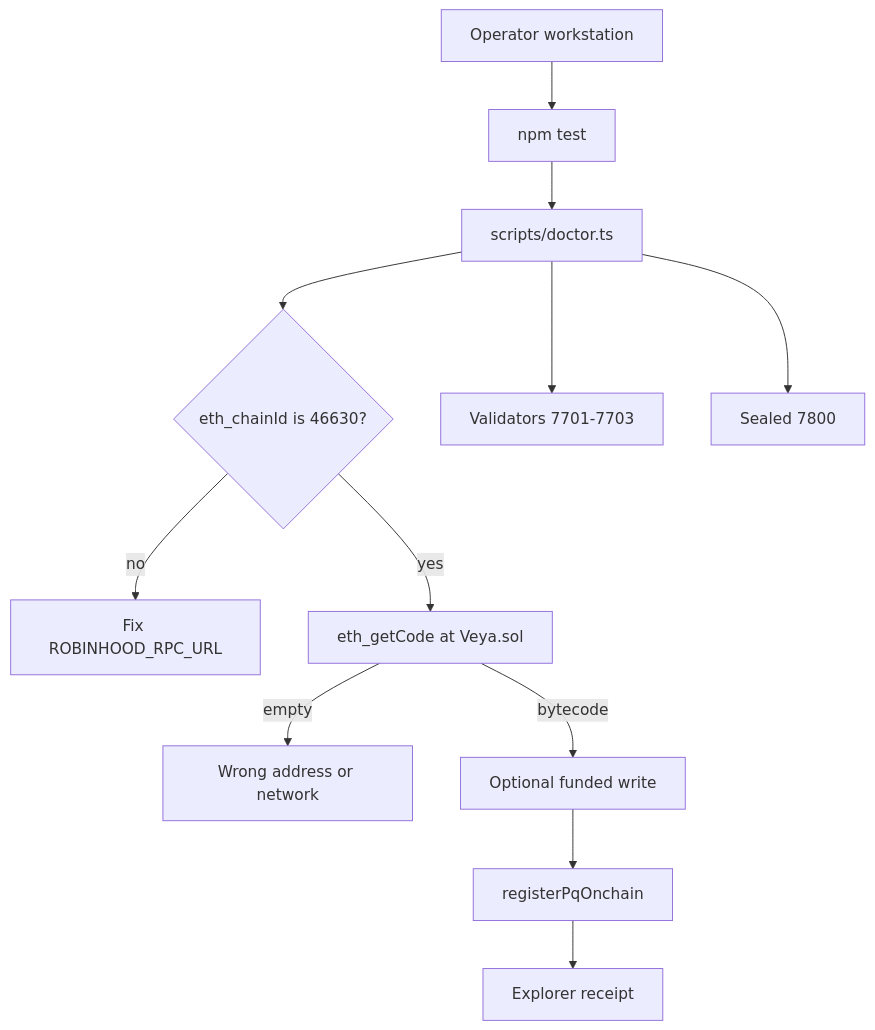
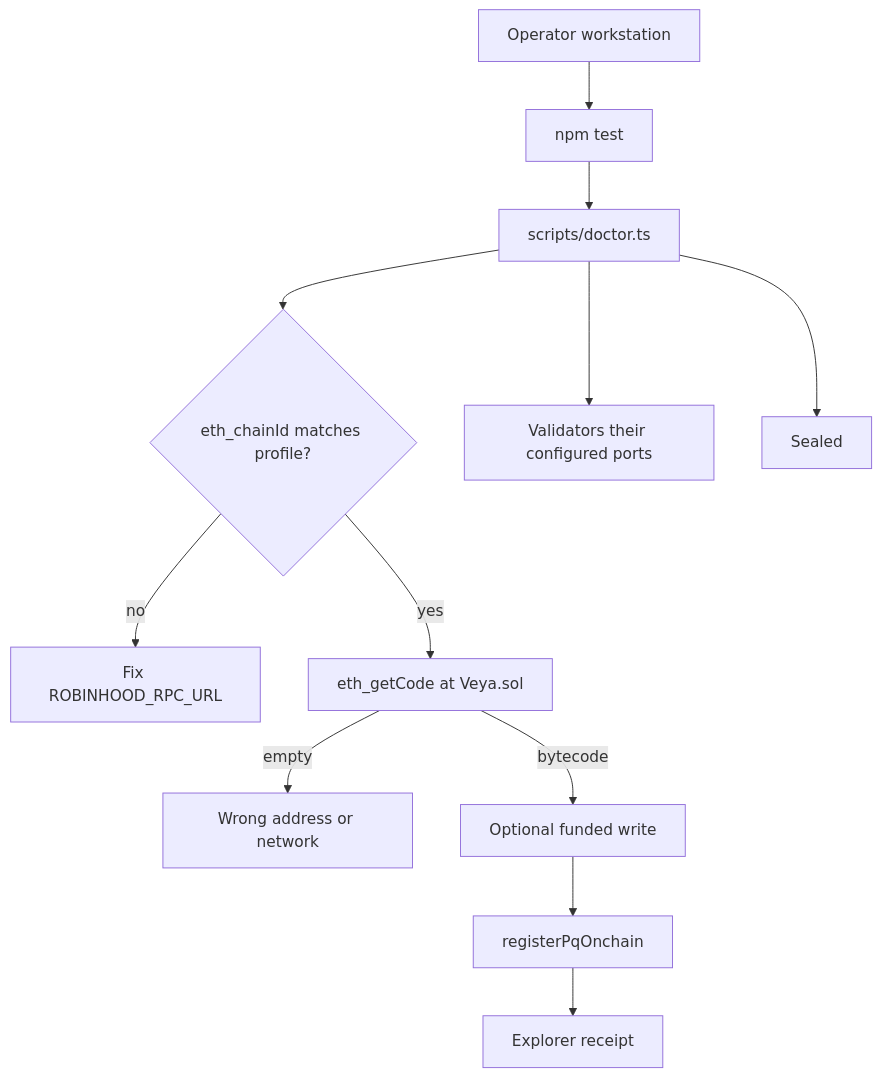
Before and after one commit to veyanet/veya-sdk: the second of 2 diagrams in docs/DEPLOYMENT.md, drawn with Mermaid. The commit also changed other lines of this file, not shown here.

````diff
--- a/docs/DEPLOYMENT.md
+++ b/docs/DEPLOYMENT.md
@@ -473,14 +495,14 @@
 ```mermaid
 flowchart TD
     A[Operator workstation] --> B[npm test]
     B --> C[scripts/doctor.ts]
-    C --> D{eth_chainId is 46630?}
+    C --> D{eth_chainId matches profile?}
     D -->|no| E[Fix ROBINHOOD_RPC_URL]
     D -->|yes| F[eth_getCode at Veya.sol]
     F -->|empty| G[Wrong address or network]
     F -->|bytecode| H[Optional funded write]
     H --> I[registerPqOnchain]
     I --> J[Explorer receipt]
-    C --> K[Validators 7701-7703]
-    C --> L[Sealed 7800]
+    C --> K[Validators their configured ports]
+    C --> L[Sealed <sealed-port>]
 ```
````
